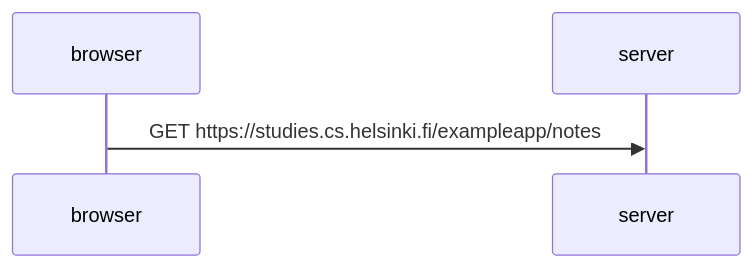
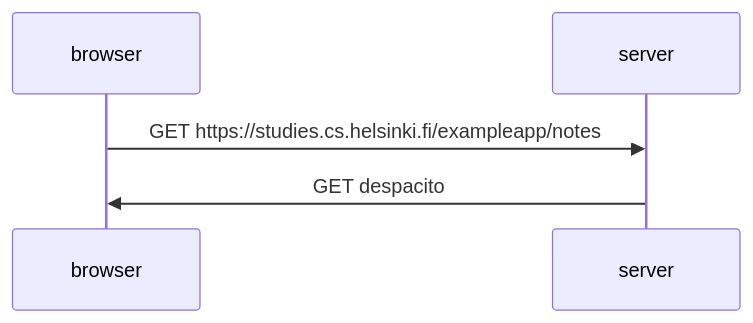
The diagram in 04-ex.md (DominikDodo/fullstack), drawn with Mermaid before and after one commit.

````diff
--- a/04-ex.md
+++ b/04-ex.md
@@ -1,8 +1,10 @@
 ```mermaid
 sequenceDiagram
     participant browser
     participant server
 
     browser->>server: GET https://studies.cs.helsinki.fi/exampleapp/notes
+
+    server->>browser: GET despacito
     activate server
 ```
````
